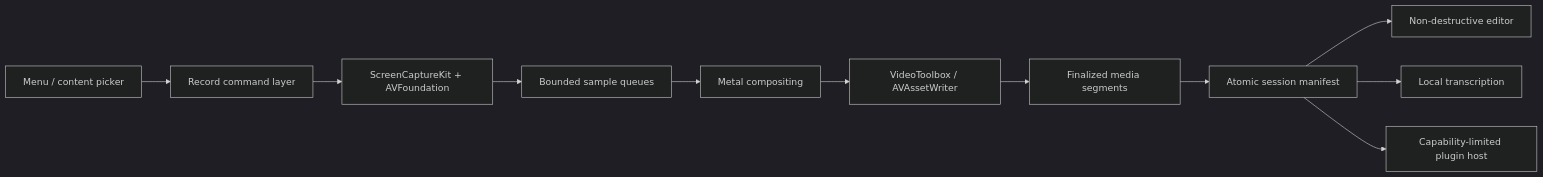
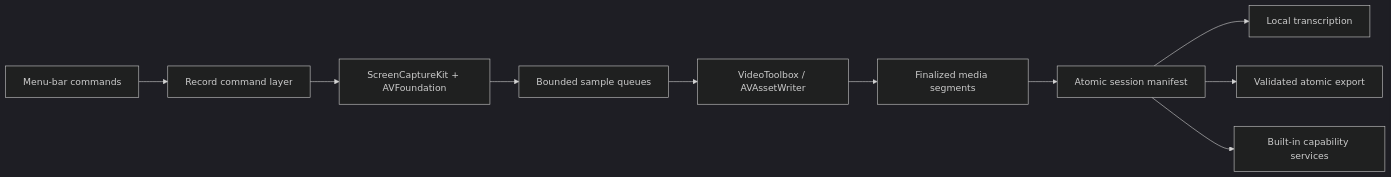
The first of 2 diagrams in docs/architecture.md (aindaco1/record), drawn with Mermaid (dark theme) before and after one commit. The commit also changed other lines of this file and 144 other files, not shown here.

````diff
--- a/docs/architecture.md
+++ b/docs/architecture.md
@@ -10,13 +10,12 @@
 ```mermaid
 flowchart LR
-    Picker["Menu / content picker"] --> Command["Record command layer"]
+    Menu["Menu-bar commands"] --> Command["Record command layer"]
     Command --> Capture["ScreenCaptureKit + AVFoundation"]
     Capture --> Buffers["Bounded sample queues"]
-    Buffers --> Compose["Metal compositing"]
-    Compose --> Encode["VideoToolbox / AVAssetWriter"]
+    Buffers --> Encode["VideoToolbox / AVAssetWriter"]
     Encode --> Segments["Finalized media segments"]
     Segments --> Session["Atomic session manifest"]
-    Session --> Editor["Non-destructive editor"]
     Session --> Transcript["Local transcription"]
-    Session --> Plugins["Capability-limited plugin host"]
+    Session --> Export["Validated atomic export"]
+    Session --> Plugins["Built-in capability services"]
 ```
````
